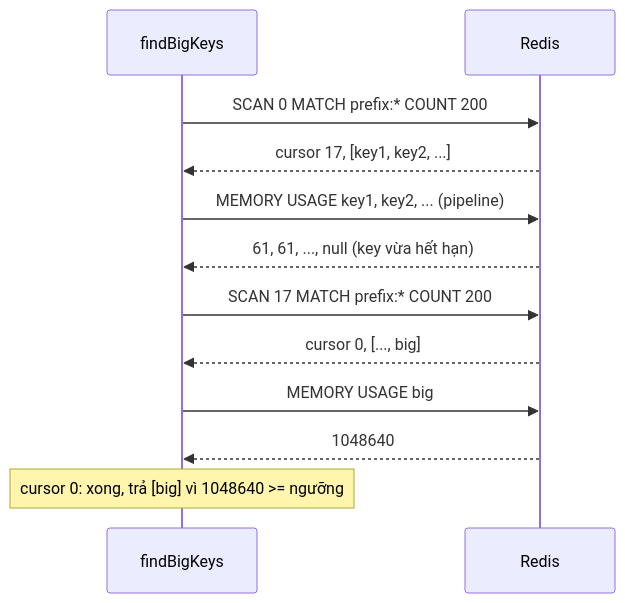
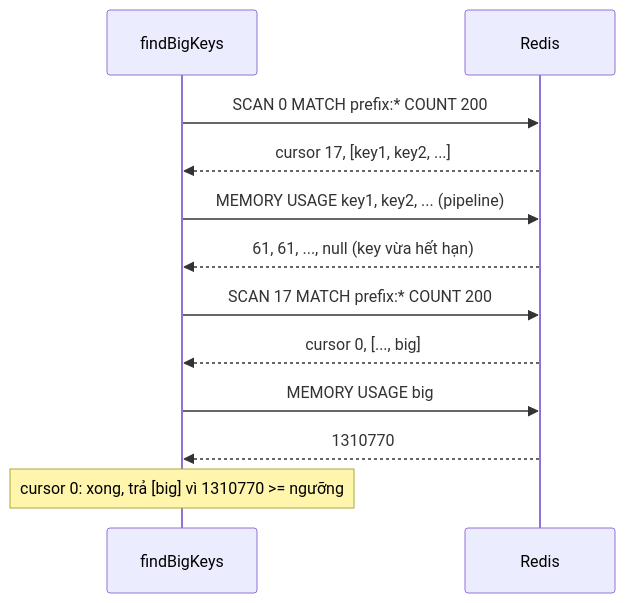
Before and after one commit to nv-minh/mq-redis-handbook: the second of 2 diagrams in 04-redis-advanced/lab-03-hot-big-key/README.md, drawn with Mermaid. The commit also changed other lines of this file and 6 other files, not shown here.

````diff
--- a/04-redis-advanced/lab-03-hot-big-key/README.md
+++ b/04-redis-advanced/lab-03-hot-big-key/README.md
@@ -33,14 +33,14 @@
 ```mermaid
 sequenceDiagram
     participant L as findBigKeys
     participant R as Redis
     L->>R: SCAN 0 MATCH prefix:* COUNT 200
     R-->>L: cursor 17, [key1, key2, ...]
     L->>R: MEMORY USAGE key1, key2, ... (pipeline)
     R-->>L: 61, 61, ..., null (key vừa hết hạn)
     L->>R: SCAN 17 MATCH prefix:* COUNT 200
     R-->>L: cursor 0, [..., big]
     L->>R: MEMORY USAGE big
-    R-->>L: 1048640
-    Note over L: cursor 0: xong, trả [big] vì 1048640 >= ngưỡng
+    R-->>L: 1310770
+    Note over L: cursor 0: xong, trả [big] vì 1310770 >= ngưỡng
 ```
````
